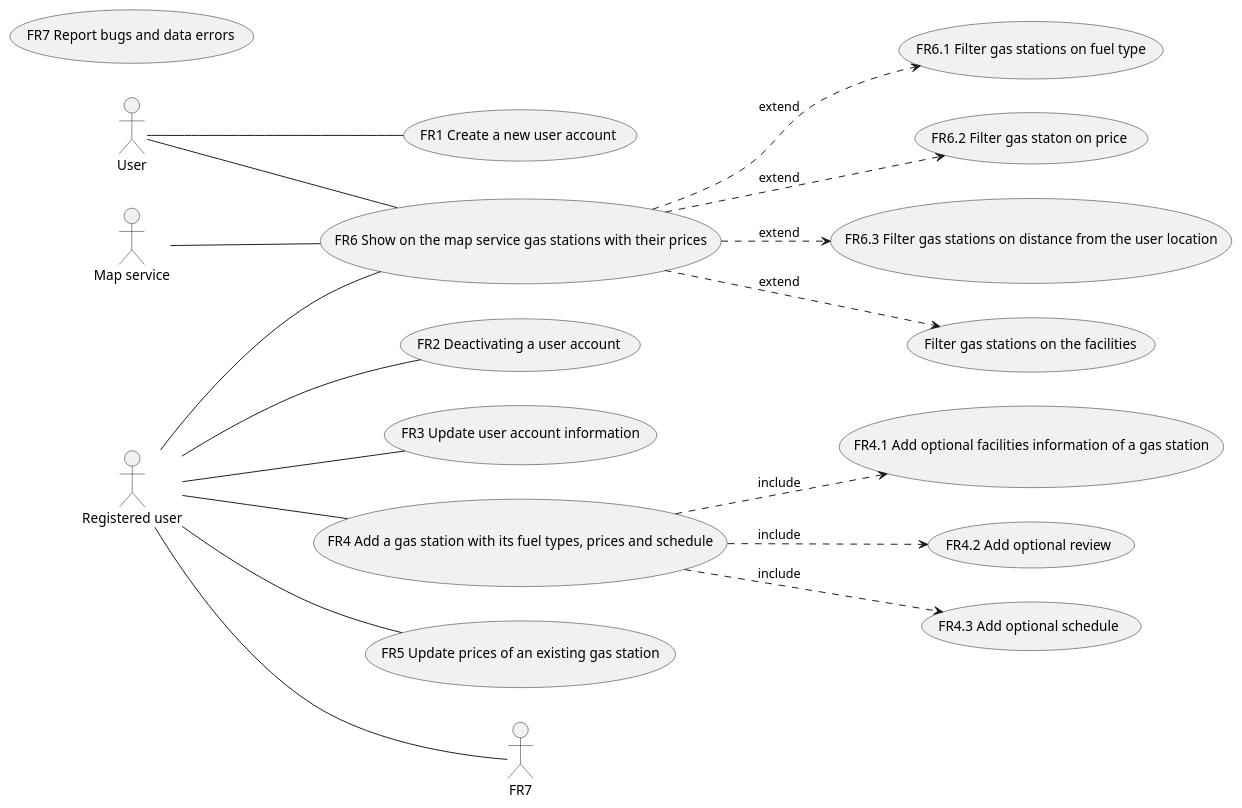
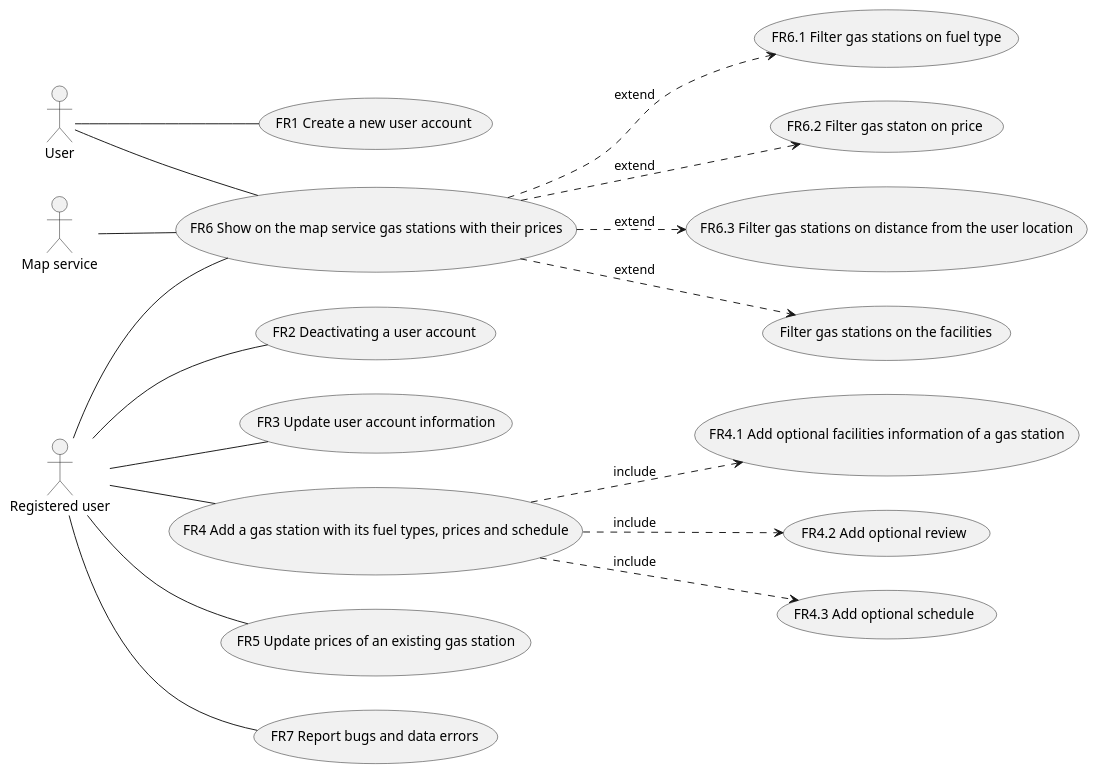
Before and after one commit to giovannitangredi/SEIProject: the second of 5 diagrams in docs/RequirementsDocument.md, drawn with PlantUML.

Commit message:
docs: use case diagram fix on  RequirementsDocument

````diff
--- a/docs/RequirementsDocument.md
+++ b/docs/RequirementsDocument.md
@@ -120,43 +120,43 @@
 ```plantuml
 @startuml
 
 left to right direction
 
 actor User as u
 actor "Registered user" as ru
 actor "Map service" as m
 
 usecase "FR1 Create a new user account" as FR1
 usecase "FR2 Deactivating a user account" as FR2
 usecase "FR3 Update user account information" as FR3
 usecase "FR4 Add a gas station with its fuel types, prices and schedule" as FR4
 usecase "FR4.1 Add optional facilities information of a gas station" as FR4.1
 usecase "FR4.2 Add optional review" as FR4.2
 usecase "FR4.3 Add optional schedule" as FR4.3
 usecase "FR5 Update prices of an existing gas station" as FR5
 usecase "FR6 Show on the map service gas stations with their prices" as FR6
 usecase "FR6.1 Filter gas stations on fuel type" as FR6.1
 usecase "FR6.2 Filter gas staton on price" as FR6.2
 usecase "FR6.3 Filter gas stations on distance from the user location" as FR6.3 
 usecase "Filter gas stations on the facilities" as FR6.4
-usecase "FR7 Report bugs and data errors"
+usecase "FR7 Report bugs and data errors" as FR7
 
 u -- FR1 
 ru -- FR2
 ru -- FR3
 ru -- FR4 
 FR4 ..> FR4.1 : include
 FR4 ..> FR4.2 : include
 FR4 ..> FR4.3 : include
 ru -- FR5
 u -- FR6 
 ru -- FR6
 m -- FR6 
 FR6 ..> FR6.1 : extend
 FR6 ..> FR6.2 : extend
 FR6 ..> FR6.3 : extend
 FR6 ..> FR6.4 : extend
 ru -- FR7
 
 @enduml
 ```
````
